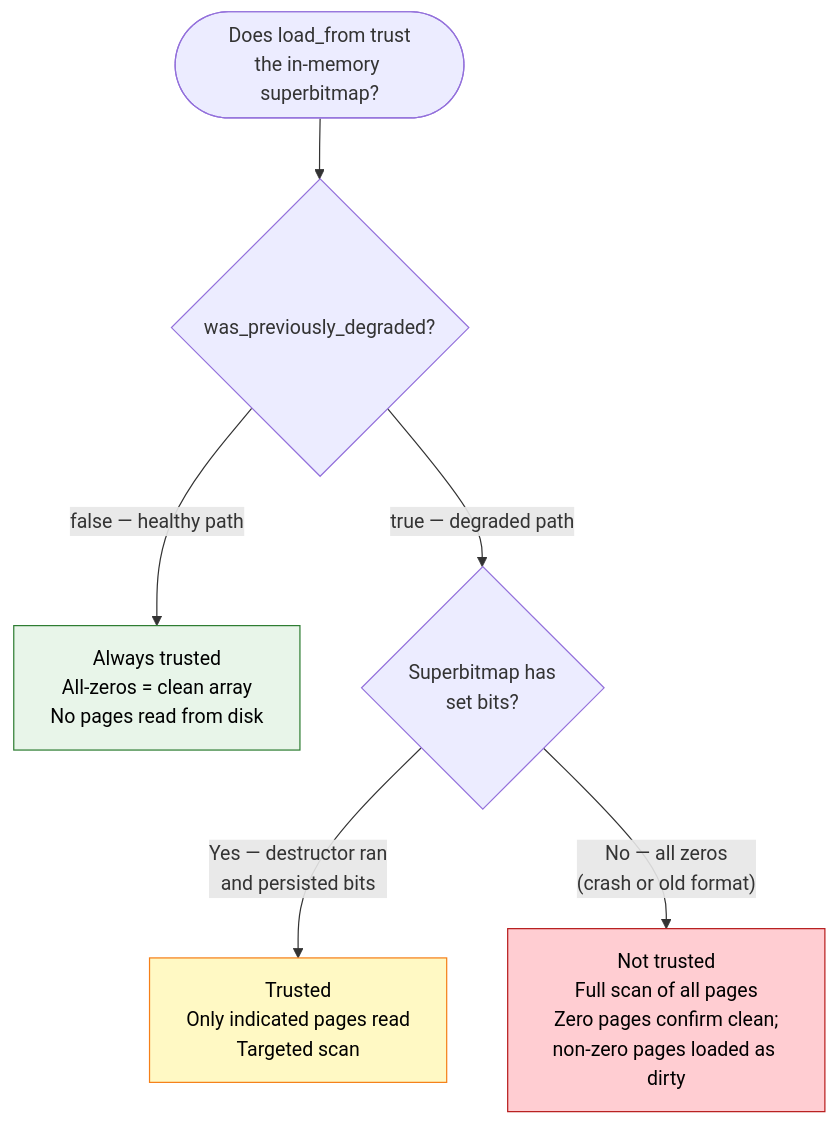
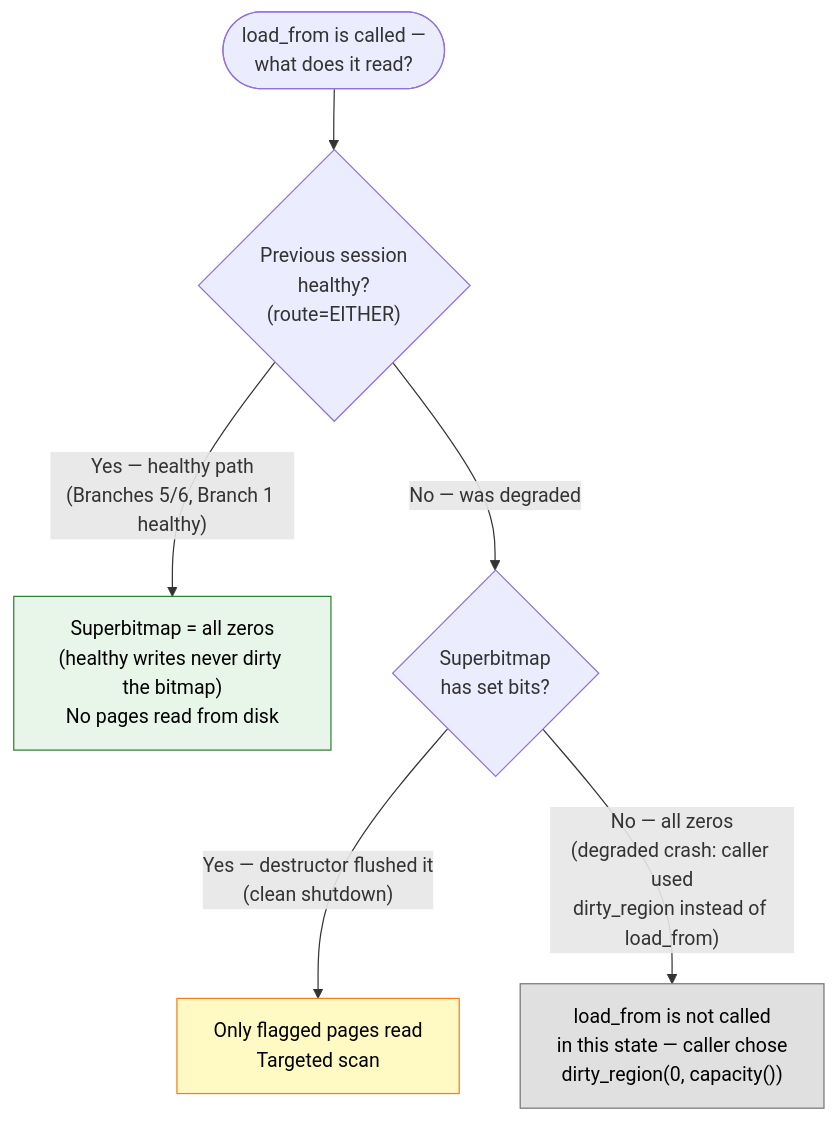
The tenth of 10 diagrams in docs/raid1/startup_cases.md (szmyd/ublkpp), drawn with Mermaid before and after one commit. The commit also changed other lines of this file and 1 other file, not shown here.

````diff
--- a/docs/raid1/startup_cases.md
+++ b/docs/raid1/startup_cases.md
@@ -347,16 +378,16 @@
 ```mermaid
 flowchart TD
-    Q(["Does load_from trust\nthe in-memory superbitmap?"]) --> HD{"was_previously_degraded?"}
+    Q(["load_from is called —\nwhat does it read?"]) --> HD{"Previous session\nhealthy?\n(route=EITHER)"}
 
-    HD -->|"false — healthy path"| T1["Always trusted\nAll-zeros = clean array\nNo pages read from disk"]
+    HD -->|"Yes — healthy path\n(Branches 5/6, Branch 1 healthy)"| T1["Superbitmap = all zeros\n(healthy writes never dirty the bitmap)\nNo pages read from disk"]
 
-    HD -->|"true — degraded path"| HB{"Superbitmap has\nset bits?"}
+    HD -->|"No — was degraded"| HB{"Superbitmap\nhas set bits?"}
 
-    HB -->|"Yes — destructor ran\nand persisted bits"| T2["Trusted\nOnly indicated pages read\nTargeted scan"]
+    HB -->|"Yes — destructor flushed it\n(clean shutdown)"| T2["Only flagged pages read\nTargeted scan"]
 
-    HB -->|"No — all zeros\n(crash or old format)"| T3["Not trusted\nFull scan of all pages\nZero pages confirm clean;\nnon-zero pages loaded as dirty"]
+    HB -->|"No — all zeros\n(degraded crash: caller used\ndirty_region instead of load_from)"| T3["load_from is not called\nin this state — caller chose\ndirty_region(0, capacity())"]
 
     style T1 fill:#e8f5e9,stroke:#2e7d32,color:#000000
     style T2 fill:#fff9c4,stroke:#f57f17,color:#000000
-    style T3 fill:#ffcdd2,stroke:#b71c1c,color:#000000
+    style T3 fill:#e0e0e0,stroke:#757575,color:#000000
 ```
````
